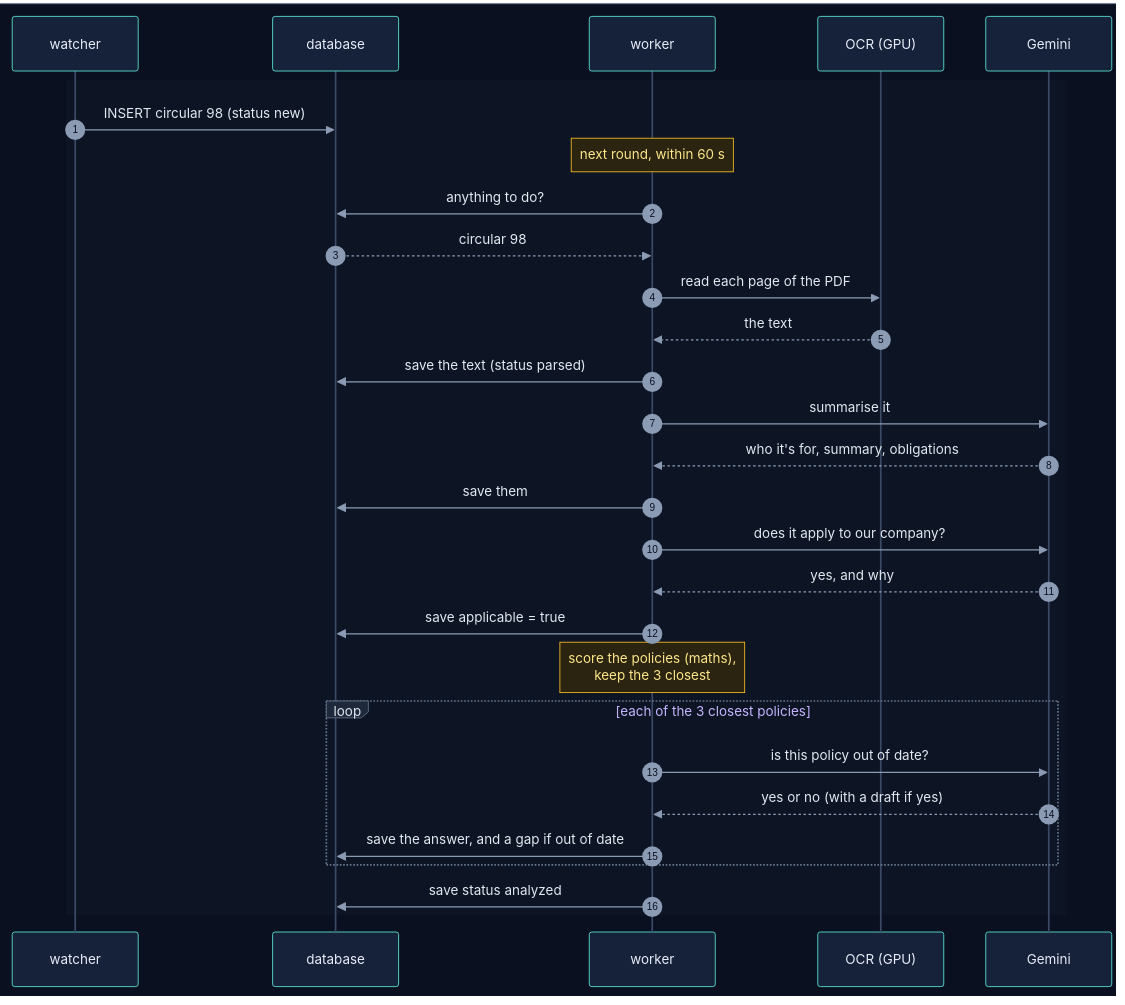
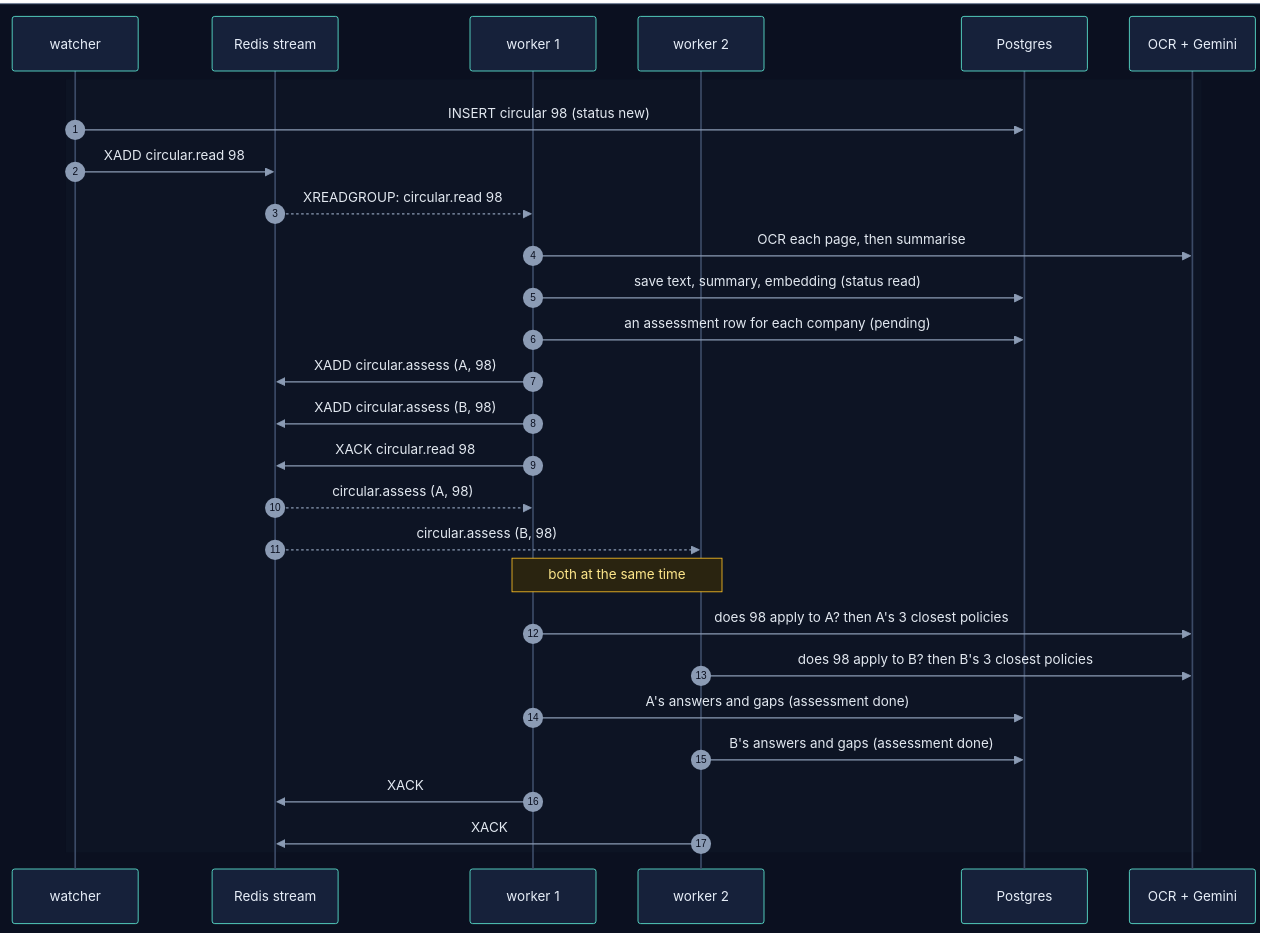
Before and after one commit to selvakumarperumal/Regulatory_Circular_Impact_Agent: the third of 14 diagrams in how_the_worker_works.md, drawn with Mermaid. The commit also changed other lines of this file and 8 other files, not shown here.

````diff
--- a/how_the_worker_works.md
+++ b/how_the_worker_works.md
@@ -112,35 +143,34 @@
 ```mermaid
 %%{init: {"theme": "base", "sequence": {"diagramMarginX": 0, "diagramMarginY": 0}, "themeVariables": {"darkMode": true, "primaryColor": "#16213a", "primaryTextColor": "#e6edf7", "primaryBorderColor": "#475a7a", "lineColor": "#8b9bb4", "secondaryColor": "#1b2436", "tertiaryColor": "#101a2e", "edgeLabelBackground": "#0f172a", "textColor": "#e2e8f0", "actorBkg": "#16213a", "actorBorder": "#5eead4", "actorTextColor": "#e6edf7", "actorLineColor": "#3b4a66", "signalColor": "#8b9bb4", "signalTextColor": "#e2e8f0", "noteBkgColor": "#2a2410", "noteBorderColor": "#fbbf24", "noteTextColor": "#fde68a", "labelBoxBkgColor": "#1e293b", "labelBoxBorderColor": "#64748b", "labelTextColor": "#e2e8f0", "loopTextColor": "#c4b5fd", "sequenceNumberColor": "#0b1020", "activationBkgColor": "#1e293b"}}}%%
 sequenceDiagram
     autonumber
     box rgb(11, 16, 32)
         participant W as watcher
-        participant DB as database
-        participant K as worker
-        participant O as OCR (GPU)
-        participant G as Gemini
+        participant Q as Redis stream
+        participant K1 as worker 1
+        participant K2 as worker 2
+        participant DB as Postgres
+        participant G as OCR + Gemini
     end
 
     rect rgb(13, 20, 36)
         W->>DB: INSERT circular 98 (status new)
-        Note over K: next round, within 60 s
-        K->>DB: anything to do?
-        DB-->>K: circular 98
-        K->>O: read each page of the PDF
-        O-->>K: the text
-        K->>DB: save the text (status parsed)
-        K->>G: summarise it
-        G-->>K: who it's for, summary, obligations
-        K->>DB: save them
-        K->>G: does it apply to our company?
-        G-->>K: yes, and why
-        K->>DB: save applicable = true
-        Note over K: score the policies (maths),<br/>keep the 3 closest
-        loop each of the 3 closest policies
-            K->>G: is this policy out of date?
-            G-->>K: yes or no (with a draft if yes)
-            K->>DB: save the answer, and a gap if out of date
-        end
-        K->>DB: save status analyzed
+        W->>Q: XADD circular.read 98
+        Q-->>K1: XREADGROUP: circular.read 98
+        K1->>G: OCR each page, then summarise
+        K1->>DB: save text, summary, embedding (status read)
+        K1->>DB: an assessment row for each company (pending)
+        K1->>Q: XADD circular.assess (A, 98)
+        K1->>Q: XADD circular.assess (B, 98)
+        K1->>Q: XACK circular.read 98
+        Q-->>K1: circular.assess (A, 98)
+        Q-->>K2: circular.assess (B, 98)
+        Note over K1,K2: both at the same time
+        K1->>G: does 98 apply to A? then A's 3 closest policies
+        K2->>G: does 98 apply to B? then B's 3 closest policies
+        K1->>DB: A's answers and gaps (assessment done)
+        K2->>DB: B's answers and gaps (assessment done)
+        K1->>Q: XACK
+        K2->>Q: XACK
     end
 ```
````
